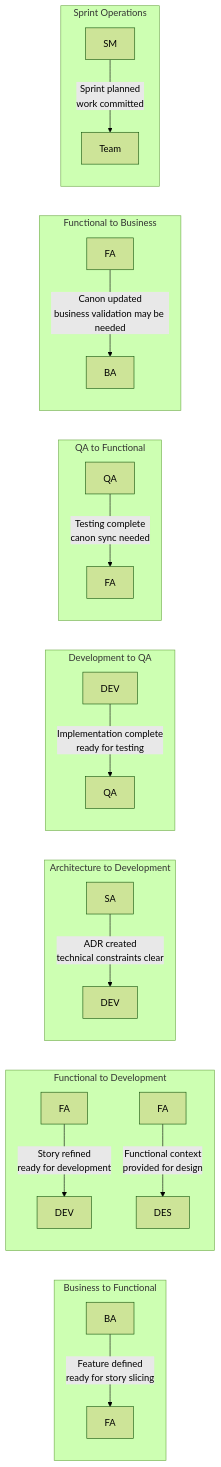
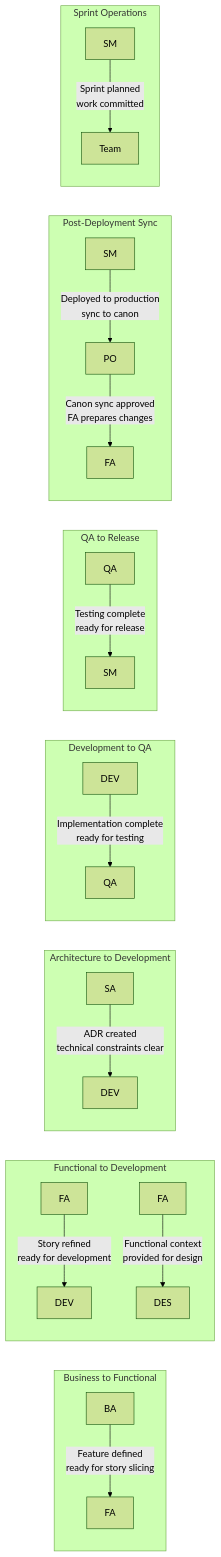
One commit to Pieter2406/TeamSpec-V2 changed the second of 3 diagrams in README.md. Above: the diagram before and after it, drawn with Mermaid (forest theme). The commit also changed other lines of this file and 2 other files, not shown here.

Commit message:
Fix Canon Sync workflow to occur after deployment, not before release

````diff
--- a/README.md
+++ b/README.md
@@ -374,31 +380,32 @@
 ```mermaid
 flowchart LR
     subgraph "Business to Functional"
         BA1[BA] -->|"Feature defined<br/>ready for story slicing"| FA1[FA]
     end
     
     subgraph "Functional to Development"
         FA2[FA] -->|"Story refined<br/>ready for development"| DEV1[DEV]
         FA3[FA] -->|"Functional context<br/>provided for design"| DES1[DES]
     end
     
     subgraph "Architecture to Development"
         SA1[SA] -->|"ADR created<br/>technical constraints clear"| DEV2[DEV]
     end
     
     subgraph "Development to QA"
         DEV3[DEV] -->|"Implementation complete<br/>ready for testing"| QA1[QA]
     end
     
-    subgraph "QA to Functional"
-        QA2[QA] -->|"Testing complete<br/>canon sync needed"| FA4[FA]
+    subgraph "QA to Release"
+        QA2[QA] -->|"Testing complete<br/>ready for release"| SM2[SM]
     end
     
-    subgraph "Functional to Business"
-        FA5[FA] -->|"Canon updated<br/>business validation may be needed"| BA2[BA]
+    subgraph "Post-Deployment Sync"
+        SM3[SM] -->|"Deployed to production<br/>sync to canon"| PO1[PO]
+        PO1 -->|"Canon sync approved<br/>FA prepares changes"| FA4[FA]
     end
     
     subgraph "Sprint Operations"
         SM1[SM] -->|"Sprint planned<br/>work committed"| TEAM[Team]
     end
 ```
````
